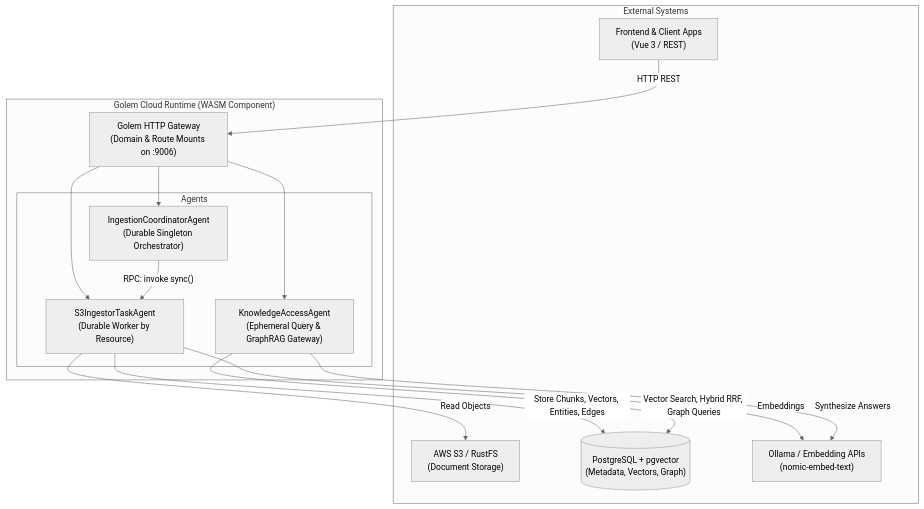
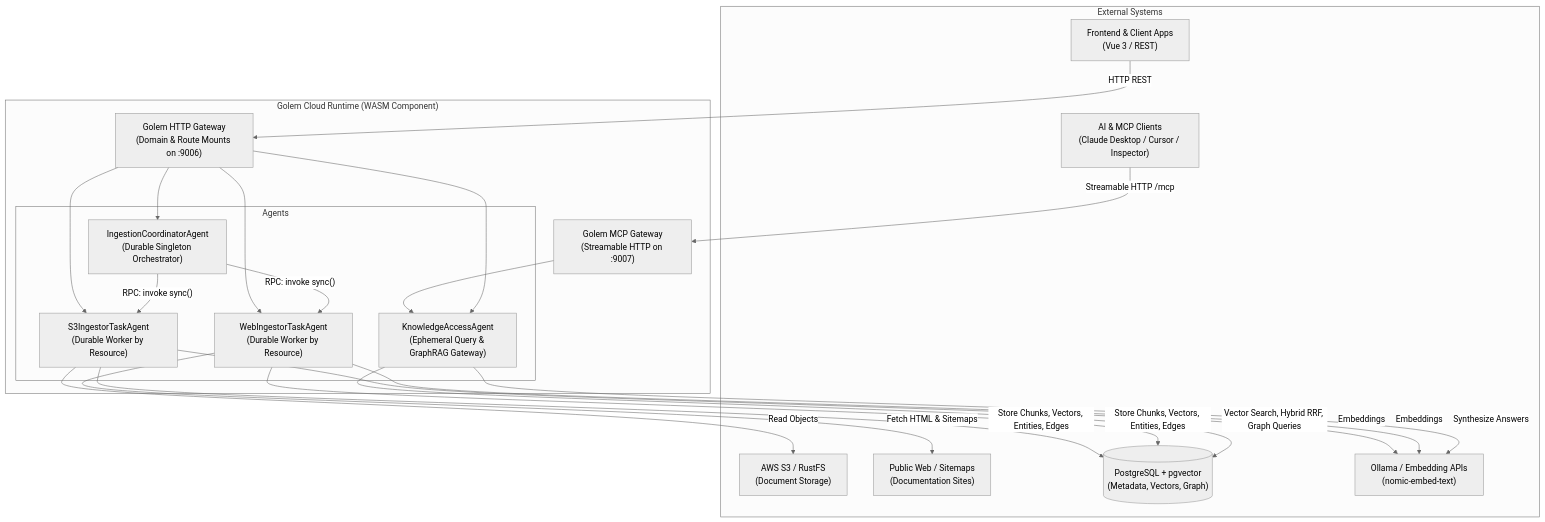
Before and after one commit to justcoon/golem-kgs-effect: the first of 2 diagrams in README.md, drawn with Mermaid (neutral theme). The commit also changed other lines of this file and 52 other files, not shown here.

````diff
--- a/README.md
+++ b/README.md
@@ -9,32 +9,44 @@
 ```mermaid
 flowchart TD
     subgraph External["External Systems"]
         S3["AWS S3 / RustFS<br/>(Document Storage)"]
+        Web["Public Web / Sitemaps<br/>(Documentation Sites)"]
         PG[("PostgreSQL + pgvector<br/>(Metadata, Vectors, Graph)")]
         LLM["Ollama / Embedding APIs<br/>(nomic-embed-text)"]
         Client["Frontend & Client Apps<br/>(Vue 3 / REST)"]
+        MCPClient["AI & MCP Clients<br/>(Claude Desktop / Cursor / Inspector)"]
     end
 
     subgraph Golem["Golem Cloud Runtime (WASM Component)"]
         GW["Golem HTTP Gateway<br/>(Domain & Route Mounts on :9006)"]
+        MCPGW["Golem MCP Gateway<br/>(Streamable HTTP on :9007)"]
 
         subgraph Agents["Agents"]
             Coord["IngestionCoordinatorAgent<br/>(Durable Singleton Orchestrator)"]
             S3Worker["S3IngestorTaskAgent<br/>(Durable Worker by Resource)"]
+            WebWorker["WebIngestorTaskAgent<br/>(Durable Worker by Resource)"]
             Access["KnowledgeAccessAgent<br/>(Ephemeral Query & GraphRAG Gateway)"]
         end
     end
 
     Client -->|HTTP REST| GW
+    MCPClient -->|Streamable HTTP /mcp| MCPGW
+    MCPGW --> Access
     GW --> Access
     GW --> Coord
     GW --> S3Worker
+    GW --> WebWorker
 
     Coord -->|"RPC: invoke sync()"| S3Worker
+    Coord -->|"RPC: invoke sync()"| WebWorker
     S3Worker -->|"Read Objects"| S3
     S3Worker -->|"Embeddings"| LLM
     S3Worker -->|"Store Chunks, Vectors, Entities, Edges"| PG
 
+    WebWorker -->|"Fetch HTML & Sitemaps"| Web
+    WebWorker -->|"Embeddings"| LLM
+    WebWorker -->|"Store Chunks, Vectors, Entities, Edges"| PG
+
     Access -->|"Vector Search, Hybrid RRF, Graph Queries"| PG
     Access -->|"Synthesize Answers"| LLM
 ```
````
